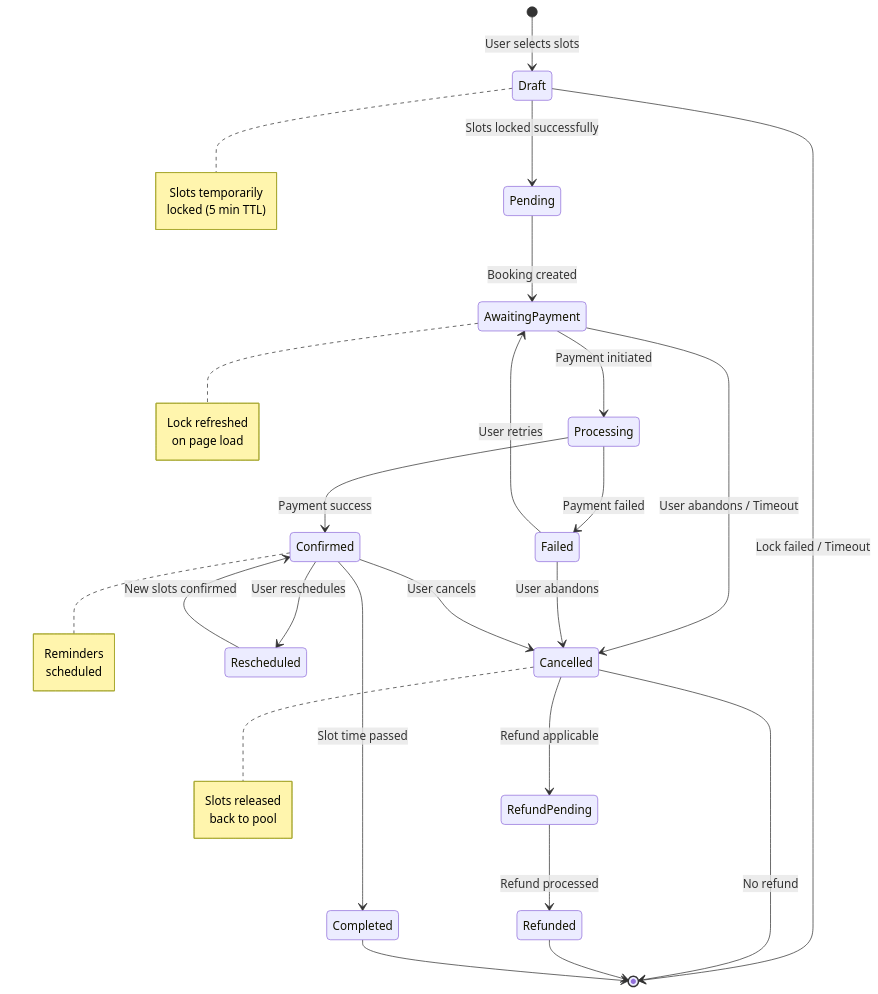
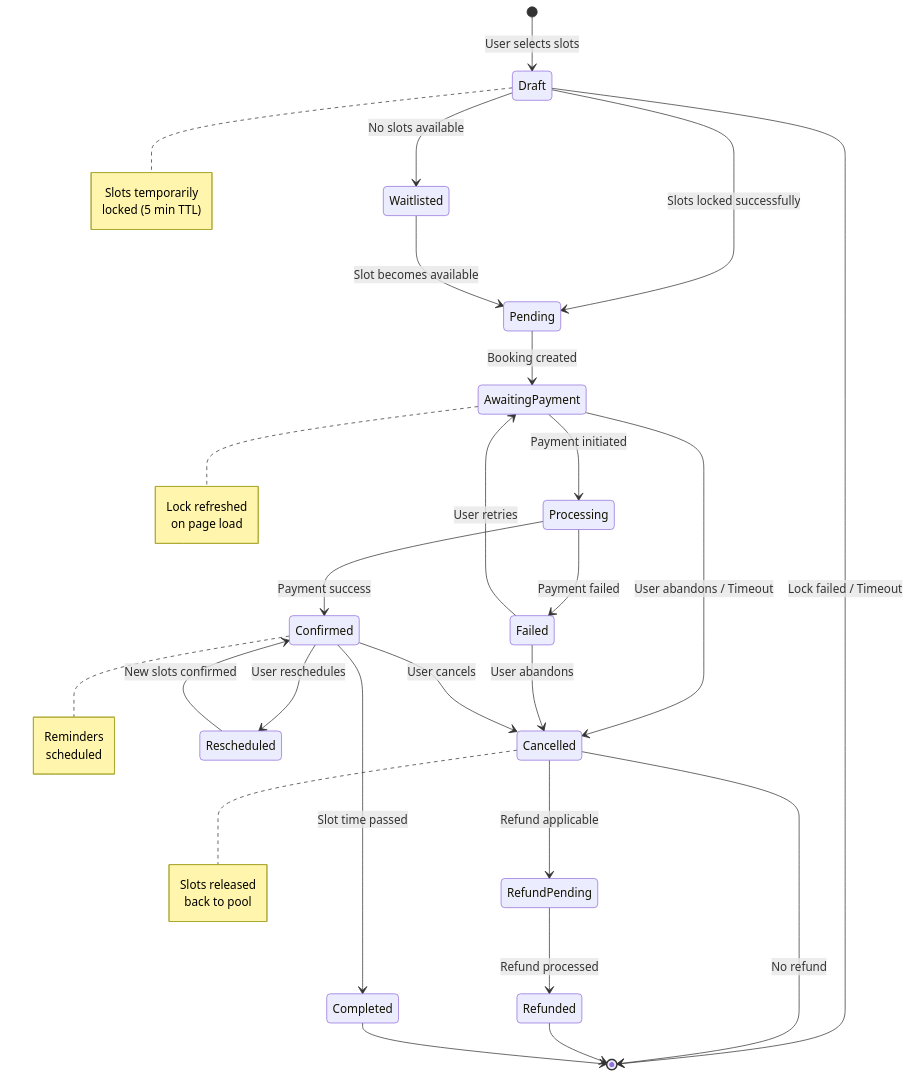
One commit to 0Ankit0/Project-Ideas changed the first of 8 diagrams in Slot Booking System/detailed-design/state-machine-diagram.md. Above: the diagram before and after it, drawn with Mermaid. The commit also changed 23 other files, not shown here.

First line of the commit message:
feat: Enhance Slot Booking System documentation and architecture

````diff
--- a/Slot Booking System/detailed-design/state-machine-diagram.md
+++ b/Slot Booking System/detailed-design/state-machine-diagram.md
@@ -15,37 +15,39 @@
 ```mermaid
 stateDiagram-v2
     [*] --> Draft: User selects slots
     
     Draft --> Pending: Slots locked successfully
+    Draft --> Waitlisted: No slots available
     Draft --> [*]: Lock failed / Timeout
     
     Pending --> AwaitingPayment: Booking created
     
     AwaitingPayment --> Processing: Payment initiated
     AwaitingPayment --> Cancelled: User abandons / Timeout
     
     Processing --> Confirmed: Payment success
     Processing --> Failed: Payment failed
     
     Failed --> AwaitingPayment: User retries
     Failed --> Cancelled: User abandons
     
     Confirmed --> Completed: Slot time passed
     Confirmed --> Cancelled: User cancels
     Confirmed --> Rescheduled: User reschedules
     
     Rescheduled --> Confirmed: New slots confirmed
     
     Cancelled --> RefundPending: Refund applicable
     Cancelled --> [*]: No refund
     
     RefundPending --> Refunded: Refund processed
     Refunded --> [*]
+    Waitlisted --> Pending: Slot becomes available
     
     Completed --> [*]
     
     note right of Draft: Slots temporarily<br/>locked (5 min TTL)
     note right of AwaitingPayment: Lock refreshed<br/>on page load
     note right of Confirmed: Reminders<br/>scheduled
     note right of Cancelled: Slots released<br/>back to pool
 ```
````
